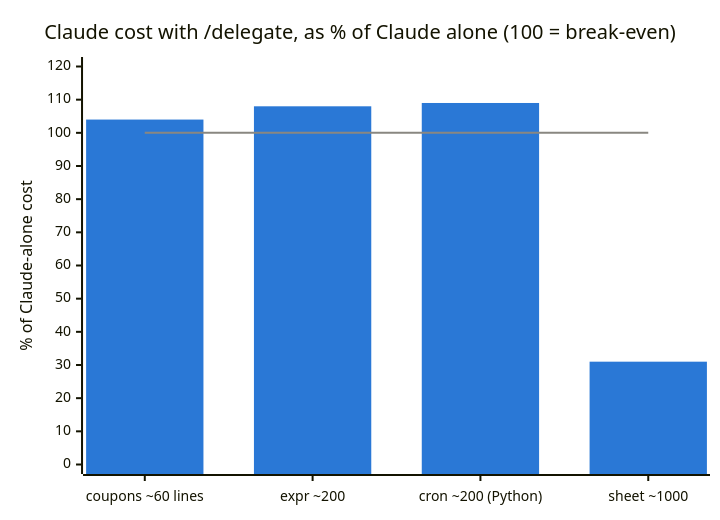
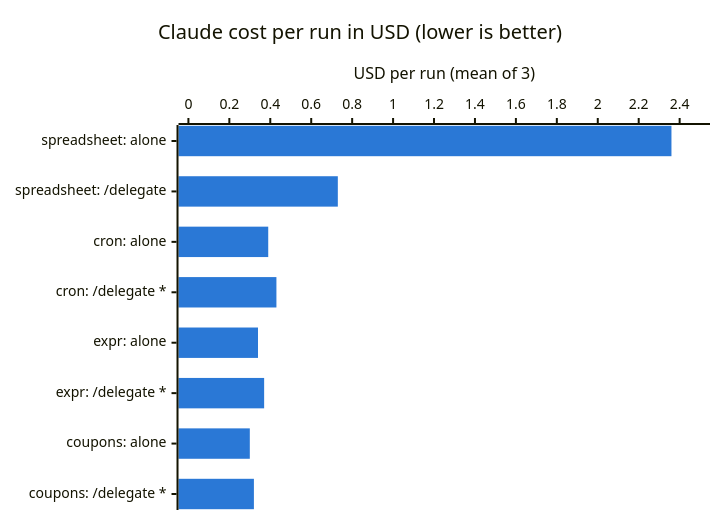
Before and after one commit to gaztrabisme/claude-subagent-delegation: the sixth of 6 diagrams in README.md, drawn with Mermaid. The commit also changed other lines of this file, not shown here.

Commit message:
README: replace the ratio benchmark chart with USD per run
The old chart showed delegate cost as a % of Claude alone, which was hard
to read and made the three small tasks (where the size check kept the work
with Claude) look like delegation losses. The new chart shows Claude's
cost per run in USD, one labelled bar per task and mode, with a short
"how to read it" note.

Claude-Session: https://claude.ai/code/session_01YAWNZPdLRBaHhAUrfBGK68

````diff
--- a/README.md
+++ b/README.md
@@ -625,14 +625,13 @@
 ```mermaid
 ---
 config:
   themeVariables:
     xyChart:
-      plotColorPalette: "#2a78d6, #898781"
+      plotColorPalette: "#2a78d6"
 ---
-xychart-beta
-    title "Claude cost with /delegate, as % of Claude alone (100 = break-even)"
-    x-axis ["coupons ~60 lines", "expr ~200", "cron ~200 (Python)", "sheet ~1000"]
-    y-axis "% of Claude-alone cost" 0 --> 120
-    bar [104, 108, 109, 31]
-    line [100, 100, 100, 100]
+xychart-beta horizontal
+    title "Claude cost per run in USD (lower is better)"
+    x-axis ["spreadsheet: alone", "spreadsheet: /delegate", "cron: alone", "cron: /delegate *", "expr: alone", "expr: /delegate *", "coupons: alone", "coupons: /delegate *"]
+    y-axis "USD per run (mean of 3)" 0 --> 2.5
+    bar [2.36, 0.73, 0.39, 0.43, 0.34, 0.37, 0.30, 0.32]
 ```
````
